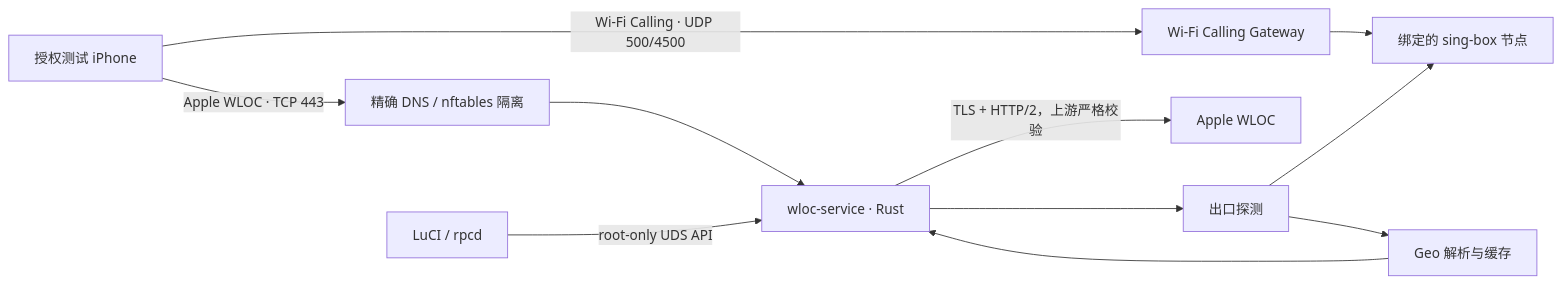
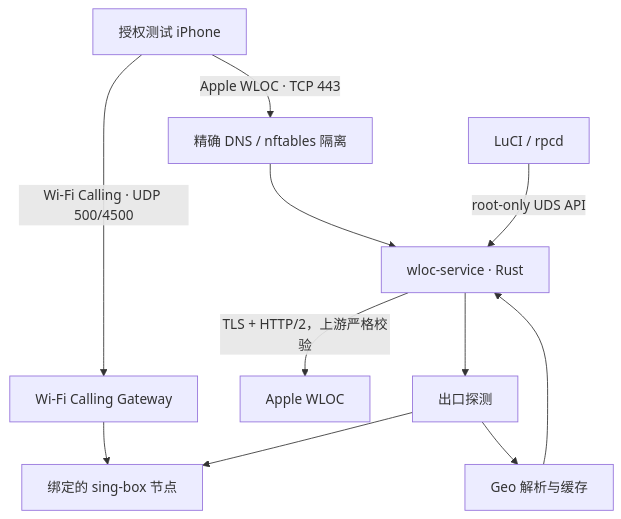
One commit to smthdagg/wificalling-location-gateway changed the third of 4 diagrams in README.md. Above: the diagram before and after it, drawn with Mermaid. The commit also changed other lines of this file, not shown here.

Commit message:
docs: make how-it-works diagram vertical (TD) and hide mermaid toolbar

````diff
--- a/README.md
+++ b/README.md
@@ -363,13 +364,14 @@
 ```mermaid
-flowchart LR
+%%{init: {"flowchart": {"toolbar": false}}}%%
+flowchart TD
     I["授权测试 iPhone"] -->|"Wi‑Fi Calling · UDP 500/4500"| G["Wi‑Fi Calling Gateway"]
     G --> N["绑定的 sing-box 节点"]
     I -->|"Apple WLOC · TCP 443"| D["精确 DNS / nftables 隔离"]
     D --> R["wloc-service · Rust"]
     R -->|"TLS + HTTP/2，上游严格校验"| A["Apple WLOC"]
     R --> P["出口探测"]
     P --> N
     P --> X["Geo 解析与缓存"]
     X --> R
     L["LuCI / rpcd"] -->|"root-only UDS API"| R
 ```
````
